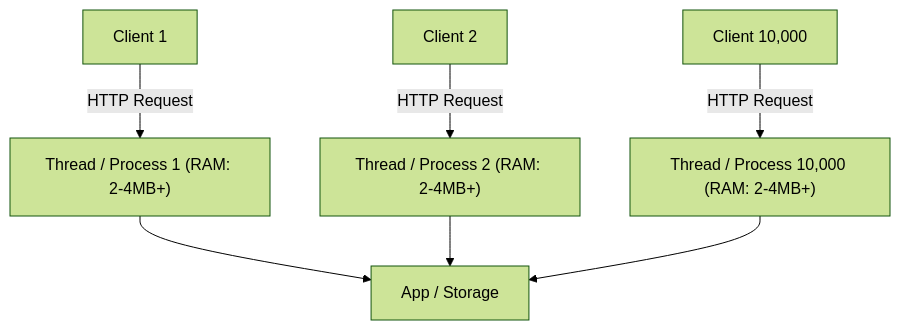
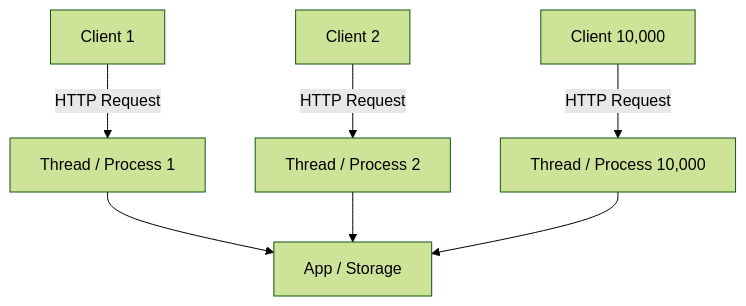
The first of 2 diagrams in temporary/nginx/01_nginx_introduction.md (MaiTheHao/docs), drawn with Mermaid (forest theme) before and after one commit. The commit also changed other lines of this file and 3 other files, not shown here.

````diff
--- a/temporary/nginx/01_nginx_introduction.md
+++ b/temporary/nginx/01_nginx_introduction.md
@@ -69,13 +44,13 @@
 ```mermaid
 graph TD
     accTitle: "Mô hình Đa luồng Truyền thống"
     accDescr: "Sơ đồ kiến trúc Web Server truyền thống phân bổ luồng/tiến trình riêng biệt cho từng kết nối."
 
-    Client1["Client 1"] -->|"HTTP Request"| Thread1["Thread / Process 1 (RAM: 2-4MB+)"]
-    Client2["Client 2"] -->|"HTTP Request"| Thread2["Thread / Process 2 (RAM: 2-4MB+)"]
-    ClientN["Client 10,000"] -->|"HTTP Request"| ThreadN["Thread / Process 10,000 (RAM: 2-4MB+)"]
+    Client1["Client 1"] -->|"HTTP Request"| Thread1["Thread / Process 1"]
+    Client2["Client 2"] -->|"HTTP Request"| Thread2["Thread / Process 2"]
+    ClientN["Client 10,000"] -->|"HTTP Request"| ThreadN["Thread / Process 10,000"]
 
     Thread1 --> Backend["App / Storage"]
     Thread2 --> Backend
     ThreadN --> Backend
 ```
````
